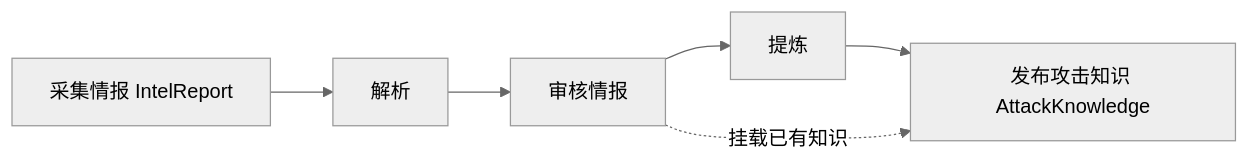
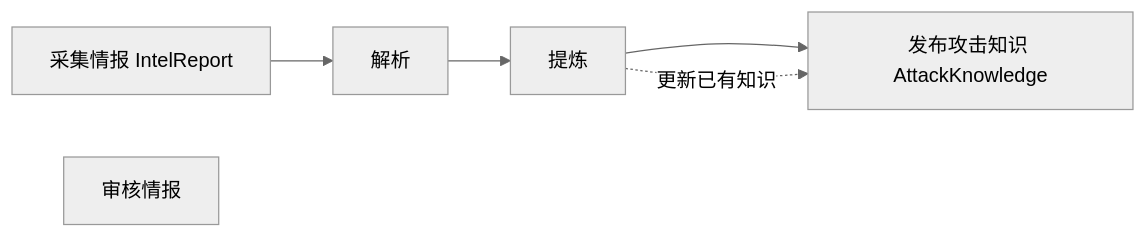
Before and after one commit to maskcao/AMI: the sixth of 7 diagrams in docs/design.md, drawn with Mermaid (neutral theme). The commit also changed other lines of this file and 439 other files, not shown here.

````diff
--- a/docs/design.md
+++ b/docs/design.md
@@ -223,10 +284,10 @@
 ```mermaid
 flowchart LR
   Ingest[采集情报 IntelReport]
   Parse[解析]
   Review[审核情报]
   Extract[提炼]
   AK[发布攻击知识 AttackKnowledge]
-  Ingest --> Parse --> Review --> Extract --> AK
-  Review -.->|挂载已有知识| AK
+  Ingest --> Parse --> Extract --> AK
+  Extract -.->|更新已有知识| AK
 ```
````
